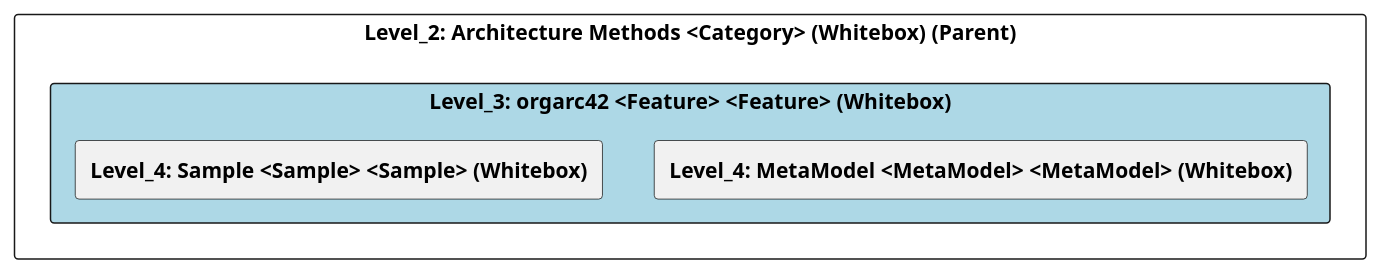
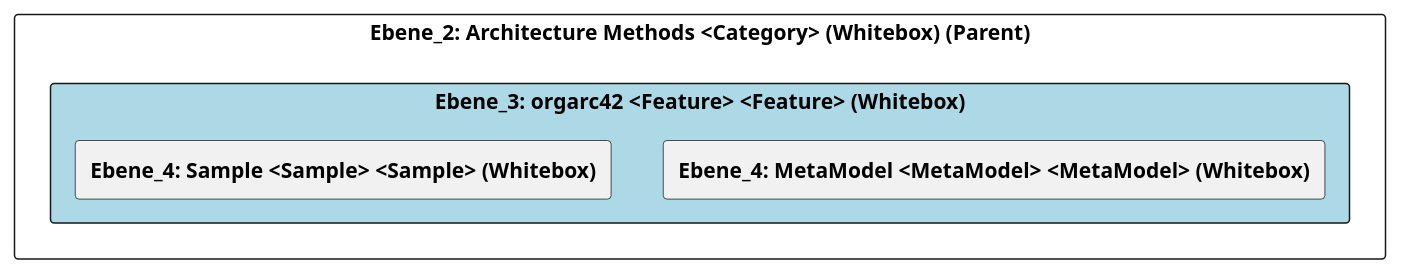
One commit to marcozwyssig/cleon changed the diagram in doc/cleonproject_deliverables_architecture_model_architecture/adoc/de/05_bausteinsicht/cleon/architecture_methods/orgarc42/ebene_3_orgarc42.adoc. Above: the diagram before and after it, drawn with PlantUML. The commit also changed other lines of this file and 258 other files, not shown here.

```diff
--- a/doc/cleonproject_deliverables_architecture_model_architecture/adoc/de/05_bausteinsicht/cleon/architecture_methods/orgarc42/ebene_3_orgarc42.adoc
+++ b/doc/cleonproject_deliverables_architecture_model_architecture/adoc/de/05_bausteinsicht/cleon/architecture_methods/orgarc42/ebene_3_orgarc42.adoc
@@ -24,25 +24,25 @@
-[plantuml, Level_3: orgarc42 <Feature> <Feature> (Whitebox)BlockOverview, format="svg"]
+[plantuml, Ebene_3: orgarc42 <Feature> <Feature> (Whitebox)BlockOverview, format="svg"]
 ----
-@startuml Level_3: orgarc42 <Feature> <Feature> (Whitebox)BuildingBlockOverview
+@startuml Ebene_3: orgarc42 <Feature> <Feature> (Whitebox)BuildingBlockOverview
 
 skinparam ranksep 10
 skinparam componentStyle rectangle
 skinparam shadowing false
 skinparam arrowColor lightblue
 skinparam arrowThickness 1.2
 skinparam rectangle {
   BackgroundColor White
   BorderColor #333
   RoundCorner 10
 }
 top to bottom direction
 
-component "Level_2: Architecture Methods <Category> (Whitebox) (Parent)" {
-    component "Level_3: orgarc42 <Feature> <Feature> (Whitebox)" #lightblue {
-        [**Level_4: MetaModel <MetaModel> <MetaModel> (Whitebox)**] as 4A56DE4B_D579_11EE_903E_9F564E4DE07E
-        [**Level_4: Sample <Sample> <Sample> (Whitebox)**] as 4A570578_D579_11EE_903E_9F564E4DE07E
+component "Ebene_2: Architecture Methods <Category> (Whitebox) (Parent)" {
+    component "Ebene_3: orgarc42 <Feature> <Feature> (Whitebox)" #lightblue {
+        [**Ebene_4: MetaModel <MetaModel> <MetaModel> (Whitebox)**] as 4A56DE4B_D579_11EE_903E_9F564E4DE07E
+        [**Ebene_4: Sample <Sample> <Sample> (Whitebox)**] as 4A570578_D579_11EE_903E_9F564E4DE07E
     }
 }
 
 @enduml
 ----
```
